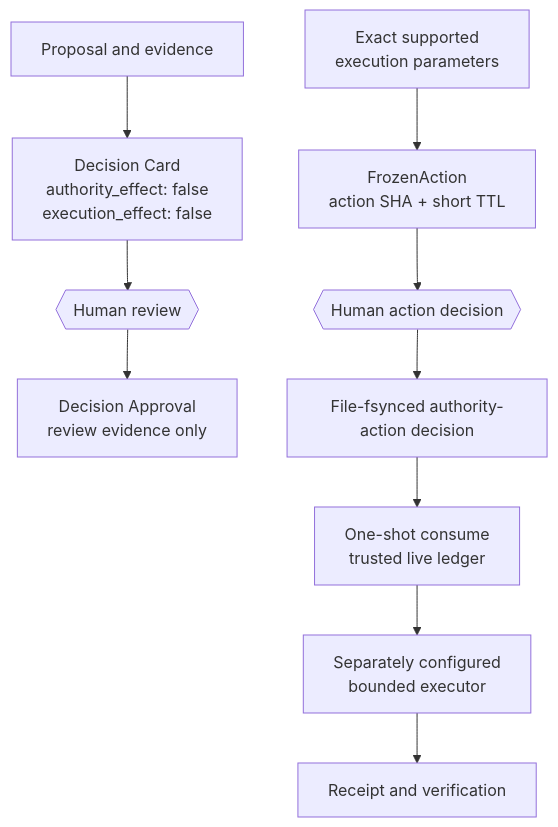
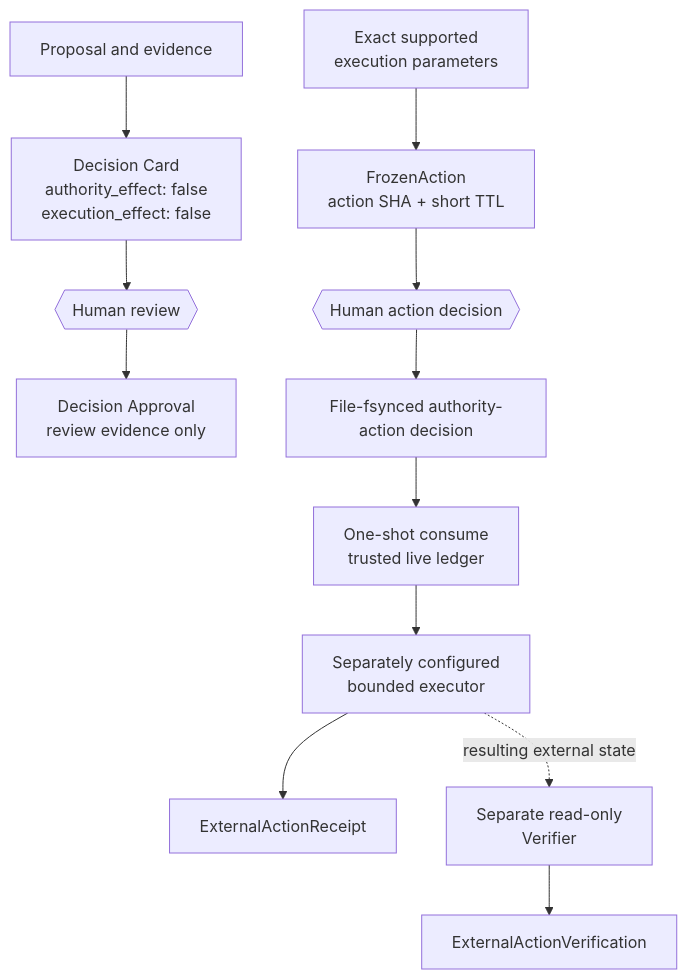
The second of 3 diagrams in docs/architecture.md (UMEBOSHIISAN/mothership), drawn with Mermaid before and after one commit. The commit also changed other lines of this file and 11 other files, not shown here.

Commit message:
feat: add external action boundary contracts

````diff
--- a/docs/architecture.md
+++ b/docs/architecture.md
@@ -36,18 +69,21 @@
 ```mermaid
 flowchart TD
     E[Proposal and evidence]
     C["Decision Card<br/>authority_effect: false<br/>execution_effect: false"]
     H1{{Human review}}
     D["Decision Approval<br/>review evidence only"]
 
     P[Exact supported<br/>execution parameters]
     F["FrozenAction<br/>action SHA + short TTL"]
     H2{{Human action decision}}
     A[File-fsynced authority-action decision]
     O["One-shot consume<br/>trusted live ledger"]
     X[Separately configured<br/>bounded executor]
-    R[Receipt and verification]
+    R[ExternalActionReceipt]
+    V[Separate read-only<br/>Verifier]
+    Q[ExternalActionVerification]
 
     E --> C --> H1 --> D
     P --> F --> H2 --> A --> O --> X --> R
+    X -. resulting external state .-> V --> Q
 ```
````
